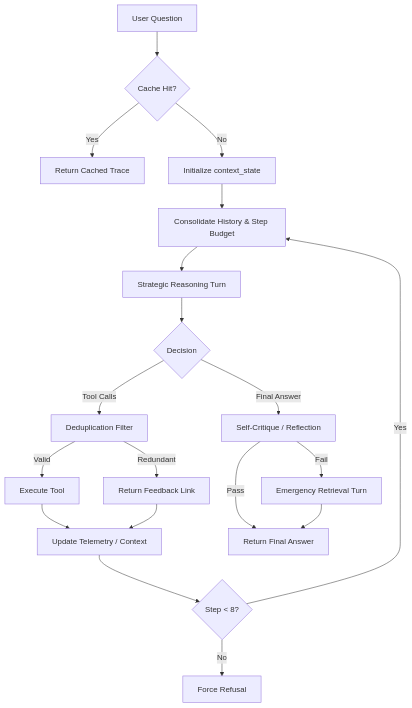
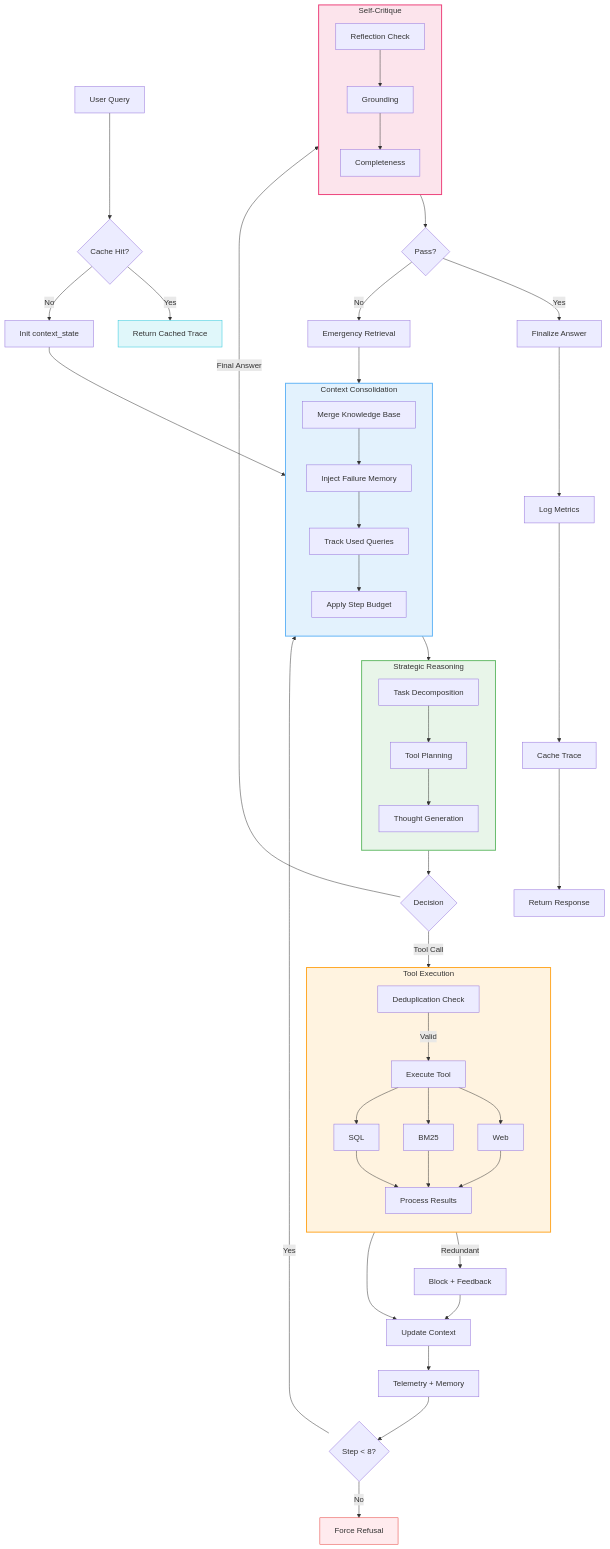
One commit to Anish-Ramesh/INTERNSHIP-SELECTION-ASSIGNMENT changed the diagram in README.md. Above: the diagram before and after it, drawn with Mermaid.

Commit message:
Update system architecture diagram in README

````diff
--- a/README.md
+++ b/README.md
@@ -30,21 +30,89 @@
 ```mermaid
-graph TD
-    A[User Question] --> B{Cache Hit?}
-    B -- Yes --> C[Return Cached Trace]
-    B -- No --> D[Initialize context_state]
-    D --> E[Consolidate History & Step Budget]
-    E --> F[Strategic Reasoning Turn]
-    F --> G{Decision}
-    G -- Final Answer --> H[Self-Critique / Reflection]
-    G -- Tool Calls --> I[Deduplication Filter]
-    I -- Valid --> J[Execute Tool]
-    I -- Redundant --> K[Return Feedback Link]
-    J --> L[Update Telemetry / Context]
-    K --> L
-    L --> M{Step < 8?}
-    M -- Yes --> E
-    M -- No --> N[Force Refusal]
-    H -- Pass --> O[Return Final Answer]
-    H -- Fail --> P[Emergency Retrieval Turn]
-    P --> O
+flowchart TB
+
+%% -------- ENTRY --------
+A[User Query] --> B{Cache Hit?}
+B -->|Yes| C[Return Cached Trace]
+B -->|No| D[Init context_state]
+
+%% -------- CONTEXT LAYER --------
+subgraph CONTEXT [Context Consolidation]
+    direction TB
+    E1[Merge Knowledge Base]
+    E2[Inject Failure Memory]
+    E3[Track Used Queries]
+    E4[Apply Step Budget]
+end
+
+D --> E1 --> E2 --> E3 --> E4
+
+%% -------- REASONING --------
+subgraph REASONING [Strategic Reasoning]
+    direction TB
+    F1[Task Decomposition]
+    F2[Tool Planning]
+    F3[Thought Generation]
+end
+
+E4 --> F1 --> F2 --> F3
+F3 --> G{Decision}
+
+%% -------- TOOL LAYER --------
+subgraph TOOLS [Tool Execution]
+    direction TB
+    H[Deduplication Check]
+    J[Execute Tool]
+    J1[SQL]
+    J2[BM25]
+    J3[Web]
+    K[Process Results]
+end
+
+G -->|Tool Call| H
+H -->|Valid| J
+H -->|Redundant| I[Block + Feedback]
+
+J --> J1 --> K
+J --> J2 --> K
+J --> J3 --> K
+
+%% -------- STATE UPDATE --------
+I --> L[Update Context]
+K --> L
+L --> M[Telemetry + Memory]
+
+%% -------- LOOP CONTROL --------
+M --> N{Step < 8?}
+N -->|Yes| E1
+N -->|No| O[Force Refusal]
+
+%% -------- REFLECTION --------
+subgraph REFLECTION [Self-Critique]
+    direction TB
+    P[Reflection Check]
+    P1[Grounding]
+    P2[Completeness]
+end
+
+G -->|Final Answer| P
+P --> P1 --> P2 --> Q{Pass?}
+
+Q -->|Yes| R[Finalize Answer]
+Q -->|No| S[Emergency Retrieval]
+
+S --> E1
+
+%% -------- OUTPUT --------
+R --> T[Log Metrics]
+T --> U[Cache Trace]
+U --> V[Return Response]
+
+%% -------- COLORS --------
+style CONTEXT fill:#e3f2fd,stroke:#64b5f6,stroke-width:2px
+style REASONING fill:#e8f5e9,stroke:#66bb6a,stroke-width:2px
+style TOOLS fill:#fff3e0,stroke:#ffa726,stroke-width:2px
+style REFLECTION fill:#fce4ec,stroke:#ec407a,stroke-width:2px
+
+style O fill:#ffebee,stroke:#e53935
+style C fill:#e0f7fa,stroke:#26c6da
 ```
````
